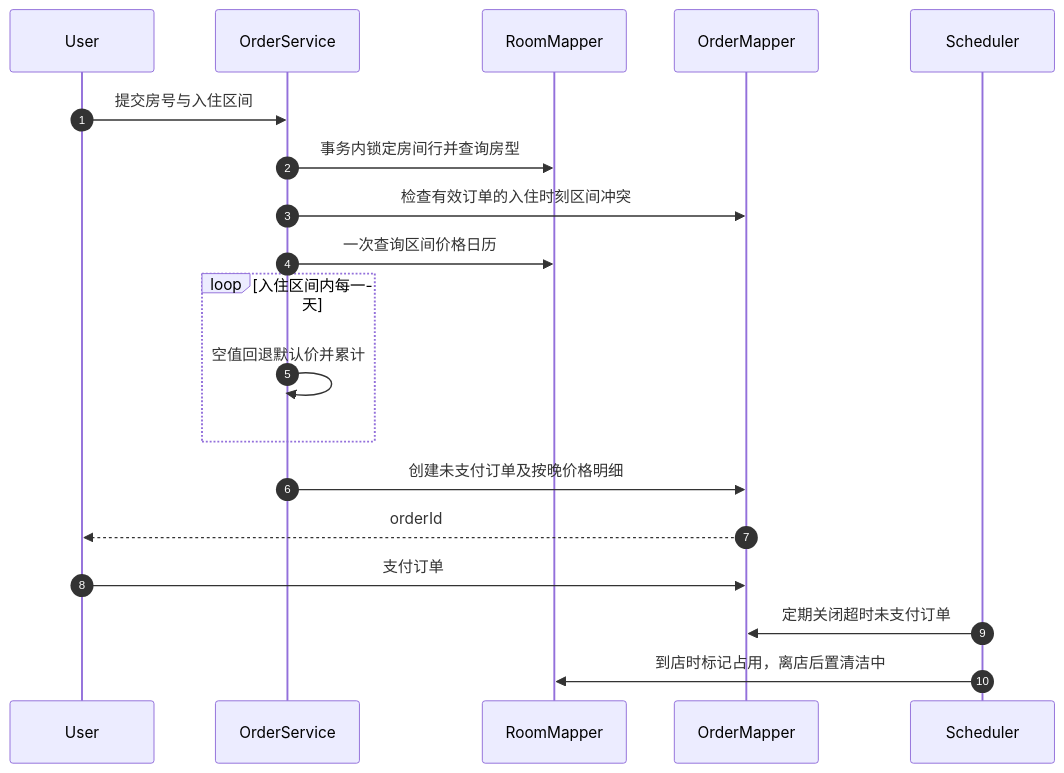
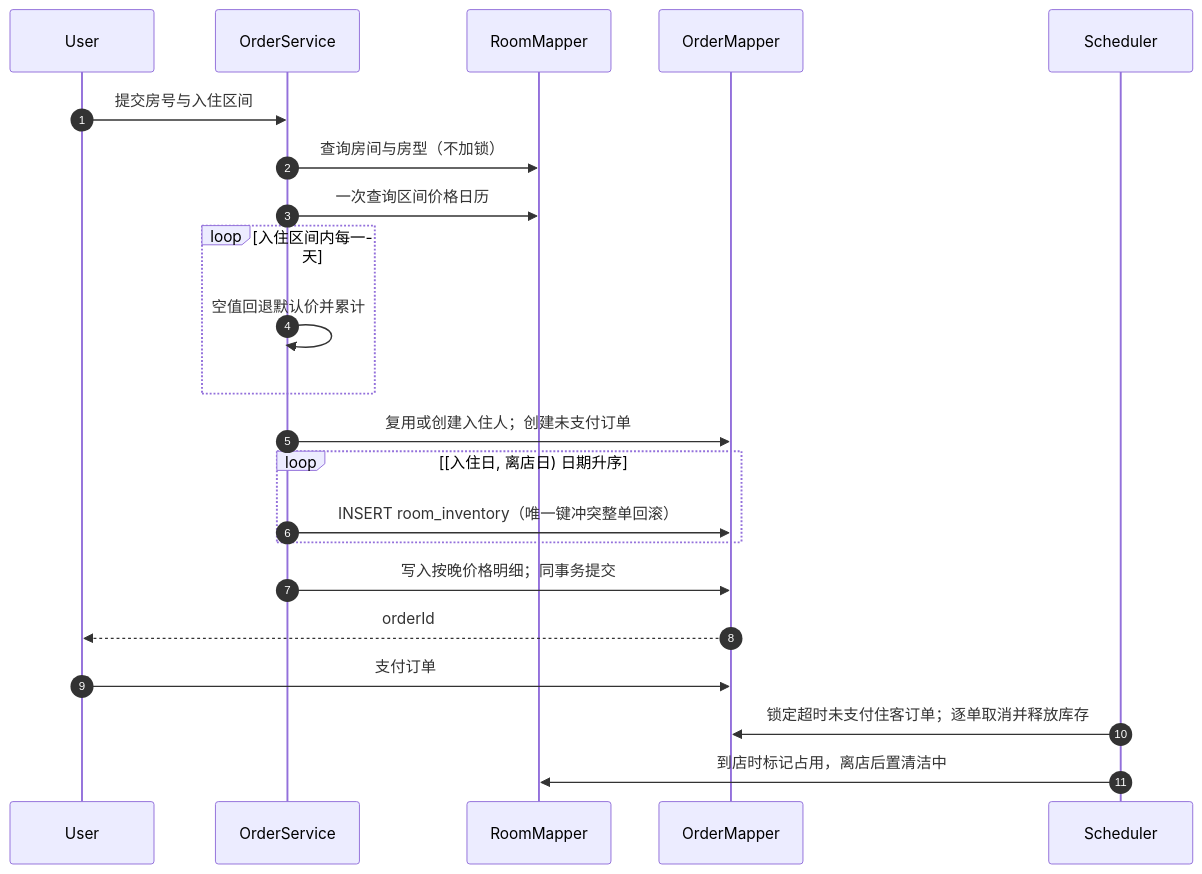
Before and after one commit to Attacker687/HotelSystemBackend: the fourth of 8 diagrams in docs/architecture.md, drawn with Mermaid. The commit also changed other lines of this file and 20 other files, not shown here.

Commit message:
feat(S04): satisfy AC1-AC10 atomic nightly room inventory

````diff
--- a/docs/architecture.md
+++ b/docs/architecture.md
@@ -153,22 +153,25 @@
 ```mermaid
 sequenceDiagram
     autonumber
     participant U as User
     participant O as OrderService
     participant R as RoomMapper
     participant D as OrderMapper
     participant T as Scheduler
 
     U->>O: 提交房号与入住区间
-    O->>R: 事务内锁定房间行并查询房型
-    O->>D: 检查有效订单的入住时刻区间冲突
+    O->>R: 查询房间与房型（不加锁）
     O->>R: 一次查询区间价格日历
     loop 入住区间内每一天
         O->>O: 空值回退默认价并累计
     end
-    O->>D: 创建未支付订单及按晚价格明细
+    O->>D: 复用或创建入住人；创建未支付订单
+    loop [入住日, 离店日) 日期升序
+        O->>D: INSERT room_inventory（唯一键冲突整单回滚）
+    end
+    O->>D: 写入按晚价格明细；同事务提交
     D-->>U: orderId
     U->>D: 支付订单
-    T->>D: 定期关闭超时未支付订单
+    T->>D: 锁定超时未支付住客订单；逐单取消并释放库存
     T->>R: 到店时标记占用，离店后置清洁中
 ```
````
